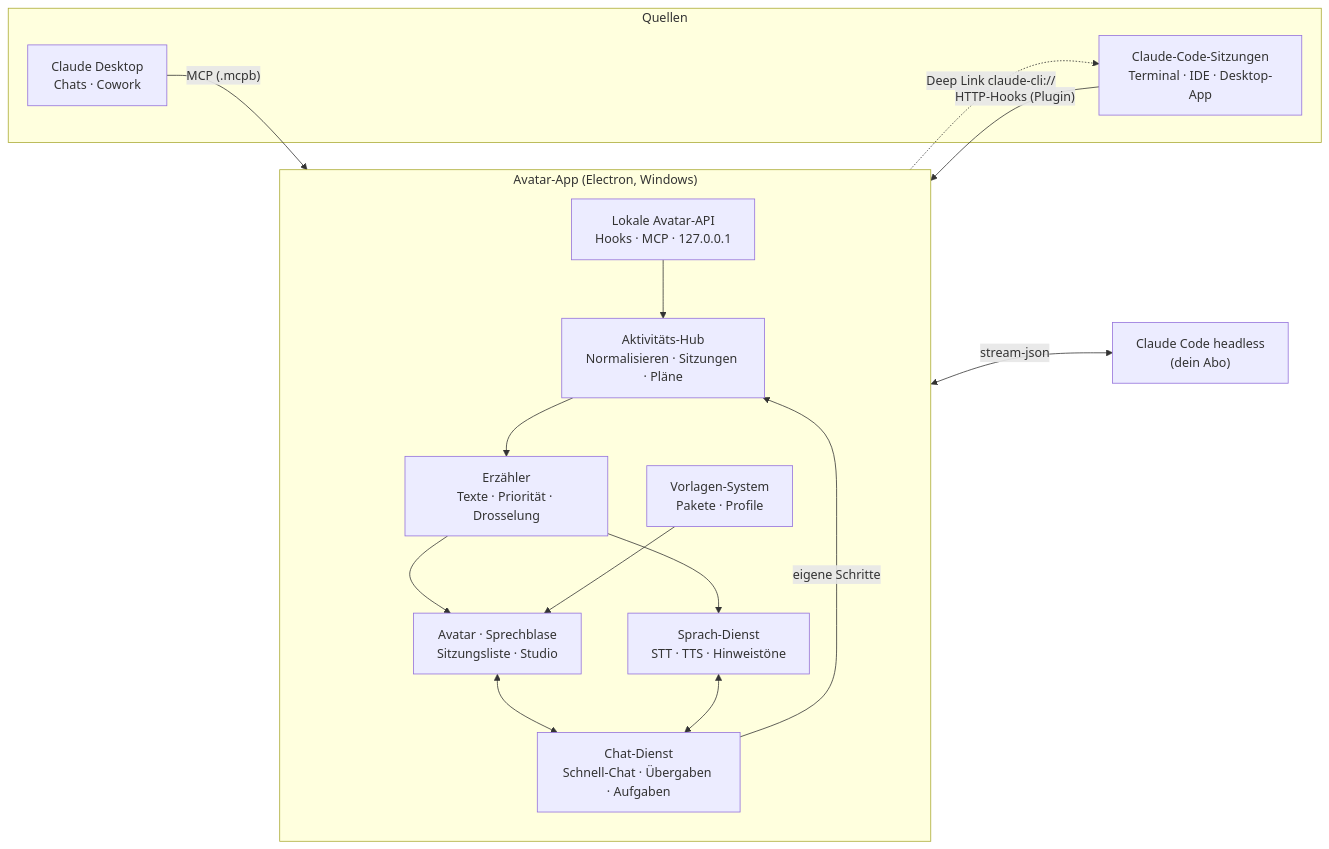
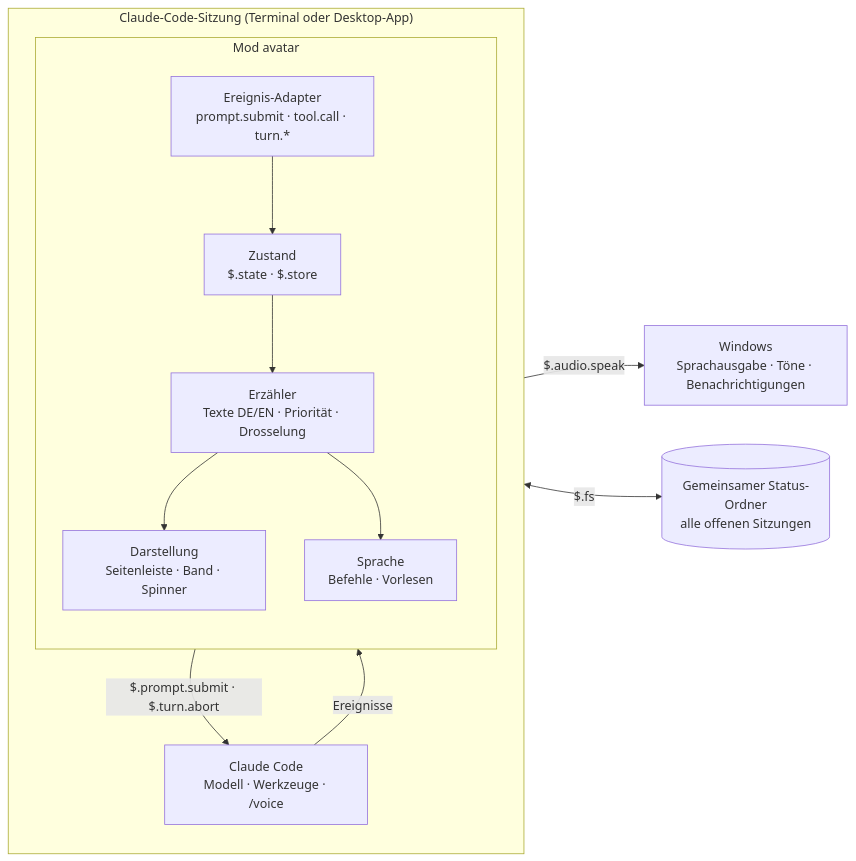
One commit to AyGeeI/claude-desktop-avatar changed the first of 3 diagrams in docs/PLAN.md. Above: the diagram before and after it, drawn with Mermaid. The commit also changed other lines of this file and 4 other files, not shown here.

First line of the commit message:
Replan the avatar as a Claude Code mod (v0.3)

````diff
--- a/docs/PLAN.md
+++ b/docs/PLAN.md
@@ -129,32 +137,25 @@
 ```mermaid
 flowchart LR
-    subgraph Quellen
-        CC["Claude-Code-Sitzungen<br/>Terminal · IDE · Desktop-App"]
-        CD["Claude Desktop<br/>Chats · Cowork"]
+    subgraph CC["Claude-Code-Sitzung (Terminal oder Desktop-App)"]
+        direction TB
+        ENG["Claude Code<br/>Modell · Werkzeuge · /voice"]
+        subgraph MOD["Mod avatar"]
+            direction TB
+            EV["Ereignis-Adapter<br/>prompt.submit · tool.call · turn.*"]
+            ST["Zustand<br/>$.state · $.store"]
+            NAR["Erzähler<br/>Texte DE/EN · Priorität · Drosselung"]
+            VO["Sprache<br/>Befehle · Vorlesen"]
+            UI["Darstellung<br/>Seitenleiste · Band · Spinner"]
+        end
     end
+    SH[("Gemeinsamer Status-Ordner<br/>alle offenen Sitzungen")]
+    WIN["Windows<br/>Sprachausgabe · Töne · Benachrichtigungen"]
 
-    subgraph App["Avatar-App (Electron, Windows)"]
-        direction TB
-        LAPI["Lokale Avatar-API<br/>Hooks · MCP · 127.0.0.1"]
-        HUB["Aktivitäts-Hub<br/>Normalisieren · Sitzungen · Pläne"]
-        NAR["Erzähler<br/>Texte · Priorität · Drosselung"]
-        UI["Avatar · Sprechblase<br/>Sitzungsliste · Studio"]
-        VOICE["Sprach-Dienst<br/>STT · TTS · Hinweistöne"]
-        CHAT["Chat-Dienst<br/>Schnell-Chat · Übergaben · Aufgaben"]
-        TPL["Vorlagen-System<br/>Pakete · Profile"]
-    end
-
-    HL["Claude Code headless<br/>(dein Abo)"]
-
-    CC -->|"HTTP-Hooks (Plugin)"| LAPI
-    CD -->|"MCP (.mcpb)"| LAPI
-    LAPI --> HUB --> NAR
+    ENG -->|"Ereignisse"| EV
+    EV --> ST --> NAR
     NAR --> UI
-    NAR --> VOICE
-    CHAT -->|"eigene Schritte"| HUB
-    UI <--> CHAT
-    VOICE <--> CHAT
-    CHAT <-->|"stream-json"| HL
-    TPL --> UI
-    CHAT -.->|"Deep Link claude-cli://"| CC
+    NAR --> VO
+    VO -->|"$.prompt.submit · $.turn.abort"| ENG
+    VO -->|"$.audio.speak"| WIN
+    ST <-->|"$.fs"| SH
 ```
````
